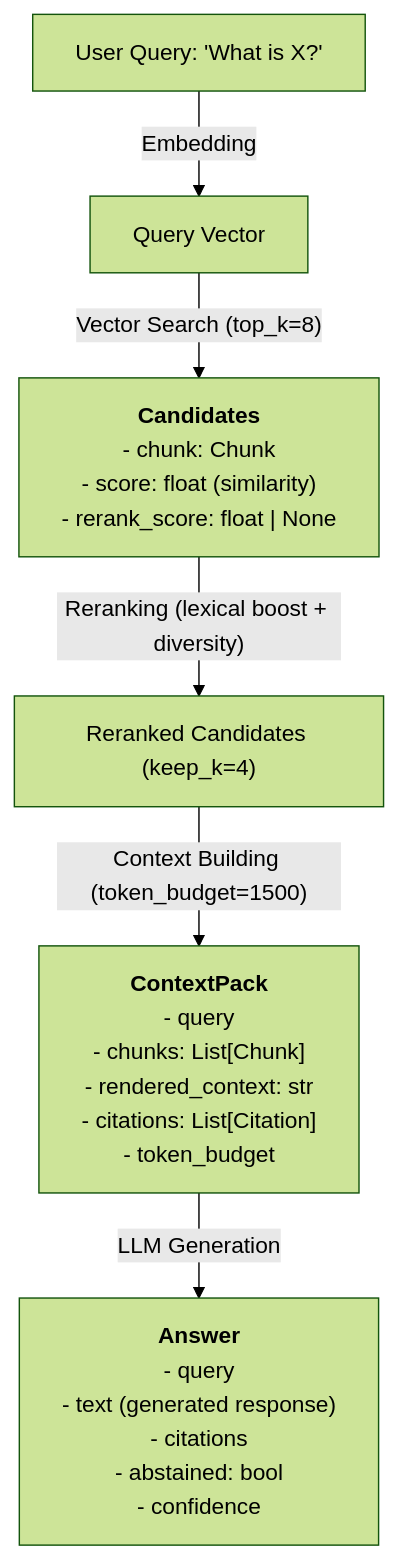
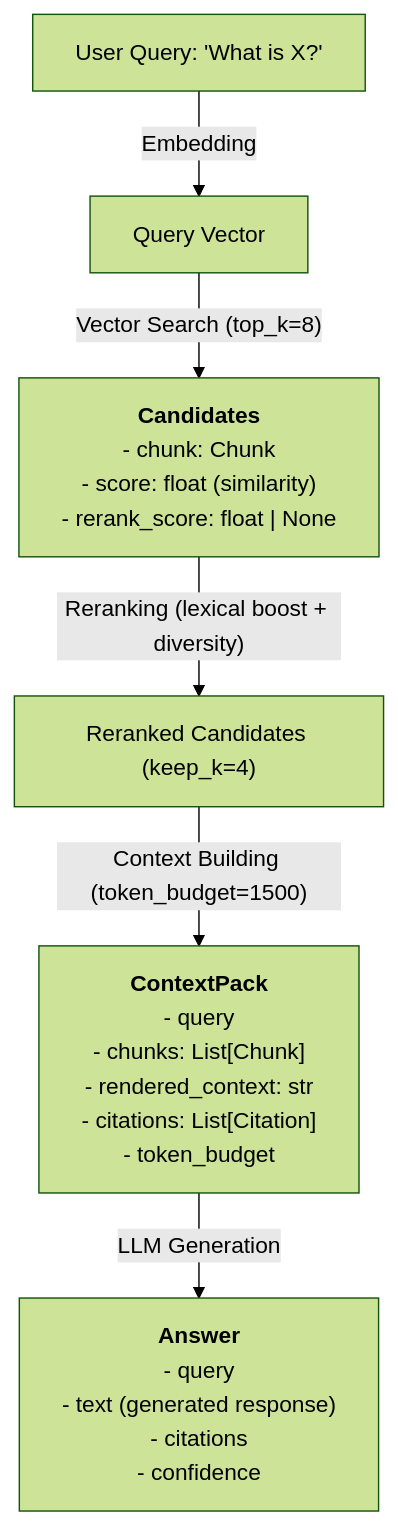
One commit to qdon314/obsidian-vault-RAG changed the seventh of 8 diagrams in docs/ARCHITECTURE.md. Above: the diagram before and after it, drawn with Mermaid (forest theme). The commit also changed other lines of this file and 10 other files, not shown here.

Commit message:
docs:  - fix command discipline and stale CLI examples across core/eval docs  - align API/architecture references with current models and signatures   - repair broken links and screenshot references; clarify CI command exceptions

````diff
--- a/docs/ARCHITECTURE.md
+++ b/docs/ARCHITECTURE.md
@@ -284,15 +284,15 @@
 ```mermaid
 graph TB
     Query["User Query: 'What is X?'"]
     QVec["Query Vector"]
     Cand["<strong>Candidates</strong><br/>- chunk: Chunk<br/>- score: float (similarity)<br/>- rerank_score: float | None"]
     Reranked["Reranked Candidates (keep_k=4)"]
     Context["<strong>ContextPack</strong><br/>- query<br/>- chunks: List[Chunk]<br/>- rendered_context: str<br/>- citations: List[Citation]<br/>- token_budget"]
-    Ans["<strong>Answer</strong><br/>- query<br/>- text (generated response)<br/>- citations<br/>- abstained: bool<br/>- confidence"]
+    Ans["<strong>Answer</strong><br/>- query<br/>- text (generated response)<br/>- citations<br/>- confidence"]
 
     Query -- "Embedding" --> QVec
     QVec -- "Vector Search (top_k=8)" --> Cand
     Cand -- "Reranking (lexical boost + diversity)" --> Reranked
     Reranked -- "Context Building (token_budget=1500)" --> Context
     Context -- "LLM Generation" --> Ans
 ```
````
